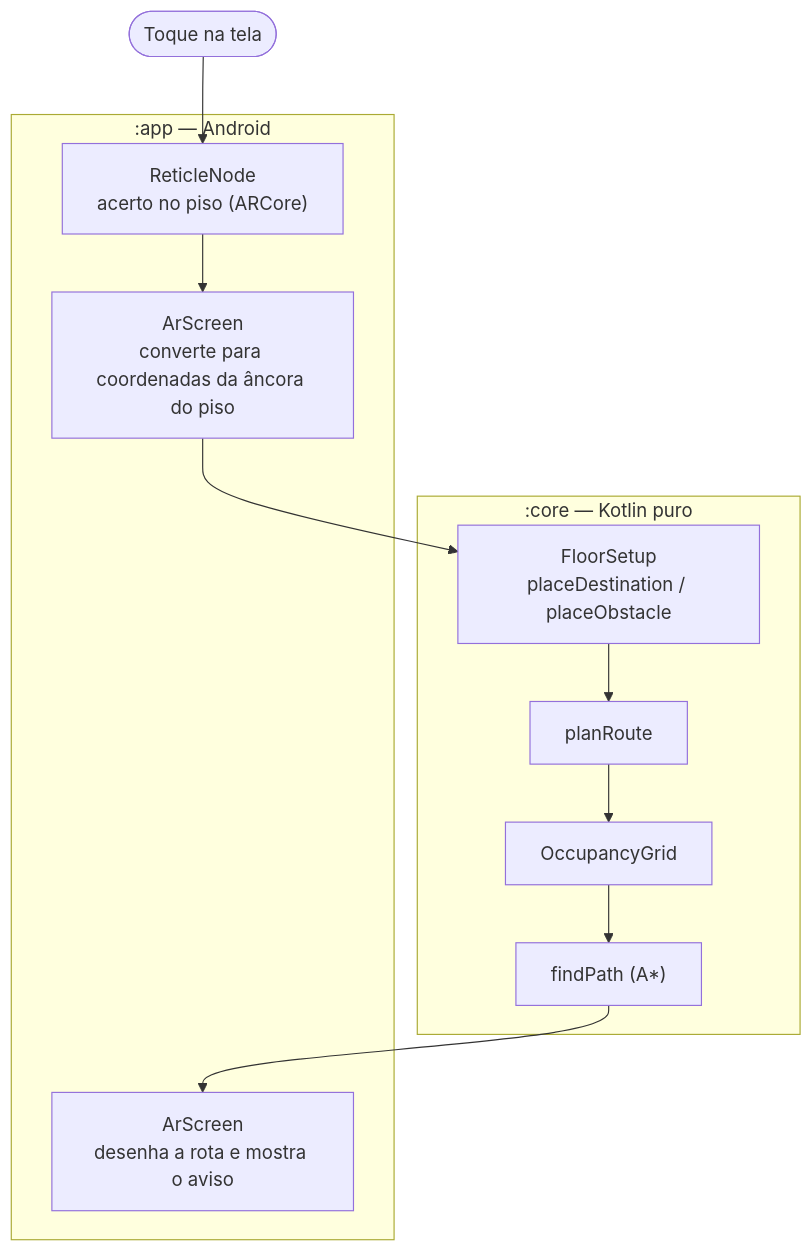
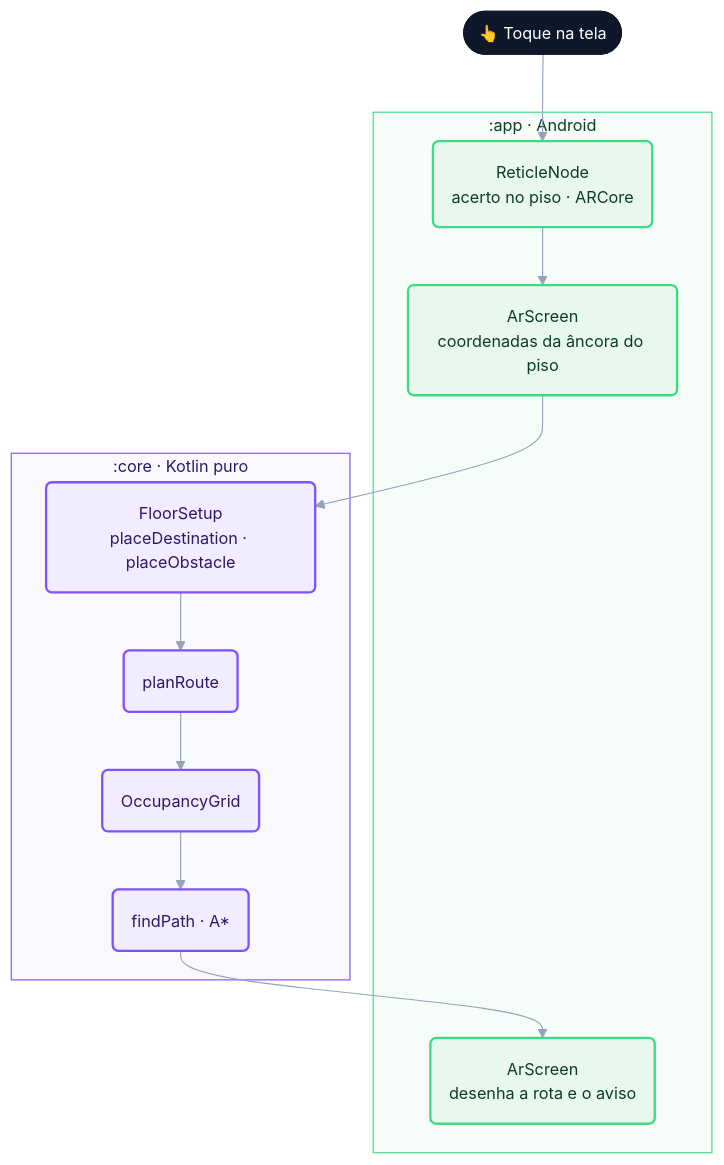
Before and after one commit to lianeheidemann/rover-quest-mr: the second of 2 diagrams in game/README.md, drawn with Mermaid. The commit also changed other lines of this file, not shown here.

Commit message:
docs: modernize Mermaid diagram styling in game README
Claude-Session: https://claude.ai/code/session_01GdkSYAqatYCL8TiGKg7yY2

````diff
--- a/game/README.md
+++ b/game/README.md
@@ -77,22 +105,41 @@
 ```mermaid
+---
+config:
+  theme: base
+  flowchart:
+    curve: basis
+    nodeSpacing: 40
+    rankSpacing: 50
+    padding: 16
+  themeVariables:
+    fontFamily: "Inter, Segoe UI, Roboto, sans-serif"
+    fontSize: 14px
+    lineColor: "#94A3B8"
+---
 flowchart TD
-    T([Toque na tela]) --> R["ReticleNode<br/>acerto no piso (ARCore)"]
-    R --> C["ArScreen<br/>converte para coordenadas da âncora do piso"]
-    C --> F["FloorSetup<br/>placeDestination / placeObstacle"]
-    F --> P["planRoute"]
-    P --> G["OccupancyGrid"]
-    G --> A["findPath (A*)"]
-    A --> D["ArScreen<br/>desenha a rota e mostra o aviso"]
+    T(["👆 Toque na tela"])
+    subgraph app [":app · Android"]
+        R("ReticleNode<br/>acerto no piso · ARCore")
+        C("ArScreen<br/>coordenadas da âncora do piso")
+        D("ArScreen<br/>desenha a rota e o aviso")
+    end
+    subgraph core [":core · Kotlin puro"]
+        F("FloorSetup<br/>placeDestination · placeObstacle")
+        P("planRoute")
+        G("OccupancyGrid")
+        A("findPath · A*")
+    end
 
-    subgraph core [":core — Kotlin puro"]
-        F
-        P
-        G
-        A
-    end
-    subgraph app [":app — Android"]
-        R
-        C
-        D
-    end
+    T --> R --> C --> F --> P --> G --> A --> D
+
+    class T start
+    class R,C,D android
+    class F,P,G,A kotlin
+
+    classDef android fill:#E8F8EF,stroke:#3DDC84,stroke-width:2px,color:#0F3D24
+    classDef kotlin fill:#F1ECFF,stroke:#7F52FF,stroke-width:2px,color:#2B1A66
+    classDef external fill:#F1F5F9,stroke:#94A3B8,stroke-width:1px,stroke-dasharray:4 3,color:#334155
+    classDef start fill:#0F172A,stroke:#0F172A,color:#FFFFFF
+    style app fill:#F6FDF9,stroke:#3DDC84,stroke-width:1px,color:#0F3D24
+    style core fill:#FAF8FF,stroke:#7F52FF,stroke-width:1px,color:#2B1A66
 ```
````
